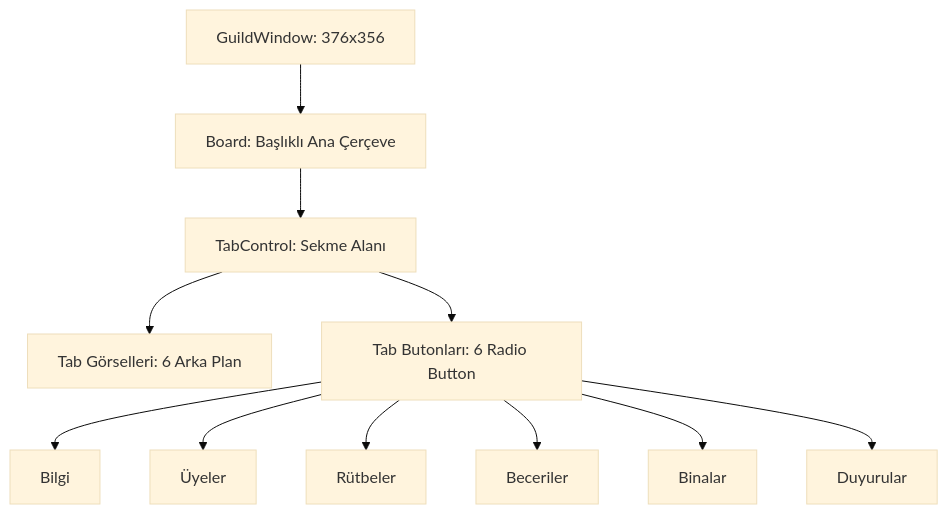
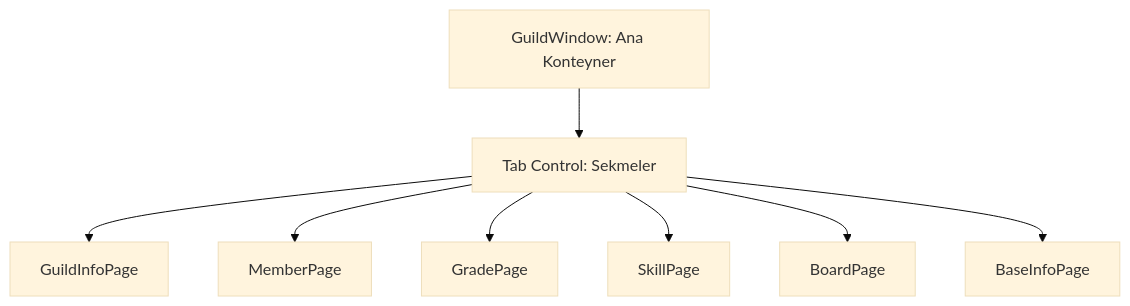
The diagram in uiscript/guildwindow/skills.md (Engin622/Metin2-Pack-Agent-Skills), drawn with Mermaid (base theme) before and after one commit. The commit also changed other lines of this file and 12 other files, not shown here.

````diff
--- a/uiscript/guildwindow/skills.md
+++ b/uiscript/guildwindow/skills.md
@@ -34,13 +34,10 @@
 ```mermaid
 graph TD
-    A[GuildWindow: 376x356] --> B[Board: Başlıklı Ana Çerçeve]
-    B --> C[TabControl: Sekme Alanı]
-    C --> D[Tab Görselleri: 6 Arka Plan]
-    C --> E[Tab Butonları: 6 Radio Button]
-    E --> E1[Bilgi]
-    E --> E2[Üyeler]
-    E --> E3[Rütbeler]
-    E --> E4[Beceriler]
-    E --> E5[Binalar]
-    E --> E6[Duyurular]
+    A[GuildWindow: Ana Konteyner] --> B[Tab Control: Sekmeler]
+    B --> C1[GuildInfoPage]
+    B --> C2[MemberPage]
+    B --> C3[GradePage]
+    B --> C4[SkillPage]
+    B --> C5[BoardPage]
+    B --> C6[BaseInfoPage]
 ```
````
